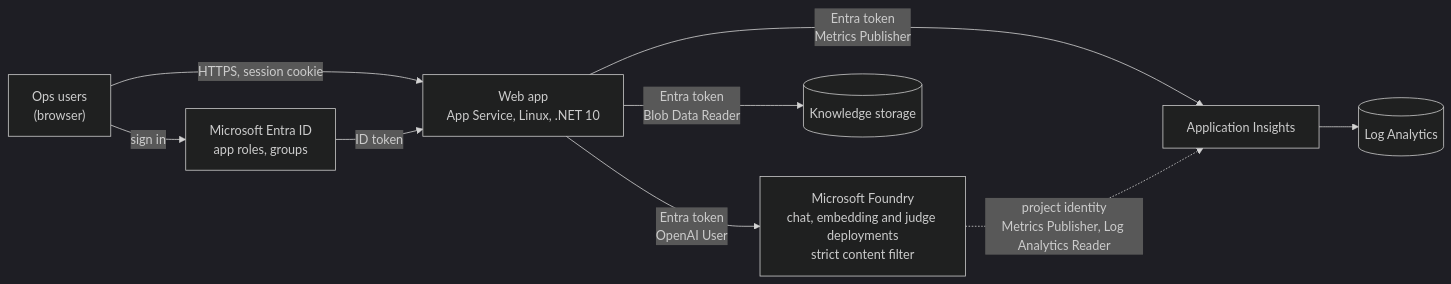
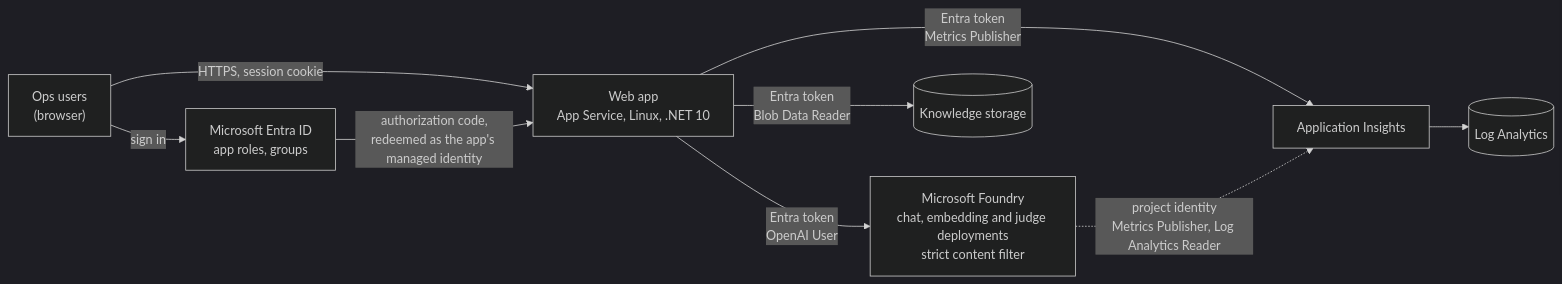
The first of 2 diagrams in docs/Architecture.md (ankurparekh1988/payment-ops-investigation-agent), drawn with Mermaid (dark theme) before and after one commit. The commit also changed 19 other files, not shown here.

First line of the commit message:
Sign in with the authorization code flow, redeemed as the app's managed identity

````diff
--- a/docs/Architecture.md
+++ b/docs/Architecture.md
@@ -23,11 +23,11 @@
 ```mermaid
 flowchart LR
   U["Ops users<br/>(browser)"] -->|HTTPS, session cookie| APP["Web app<br/>App Service, Linux, .NET 10"]
   U -->|sign in| E["Microsoft Entra ID<br/>app roles, groups"]
-  E -->|ID token| APP
+  E -->|"authorization code,<br/>redeemed as the app's managed identity"| APP
   APP -->|"Entra token<br/>OpenAI User"| F["Microsoft Foundry<br/>chat, embedding and judge deployments<br/>strict content filter"]
   APP -->|"Entra token<br/>Blob Data Reader"| ST[("Knowledge storage")]
   APP -->|"Entra token<br/>Metrics Publisher"| AI["Application Insights"]
   AI --> LA[("Log Analytics")]
   F -.->|"project identity<br/>Metrics Publisher, Log Analytics Reader"| AI
 ```
````
